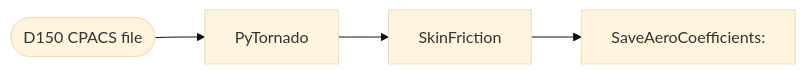
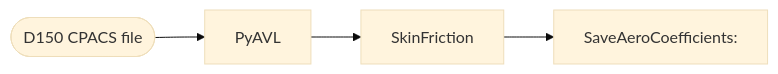
Before and after one commit to cfsengineering/CEASIOMpy: the diagram in test_cases/test_case_4/README.md, drawn with Mermaid (base theme). The commit also changed other lines of this file and 30 other files, not shown here.

````diff
--- a/test_cases/test_case_4/README.md
+++ b/test_cases/test_case_4/README.md
@@ -24,6 +24,6 @@
 ```mermaid
   graph LR;
-      D150([D150 CPACS file])-->PyTornado;
-      PyTornado-->SkinFriction;
+      D150([D150 CPACS file])-->PyAVL;
+      PyAVL-->SkinFriction;
       SkinFriction-->SaveAeroCoefficients:
 ```
````
